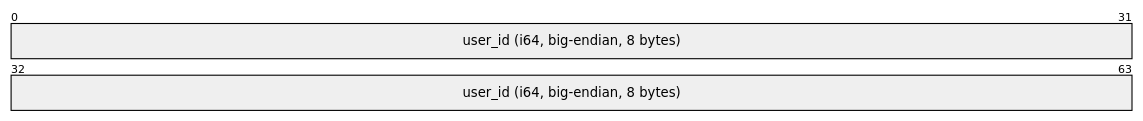
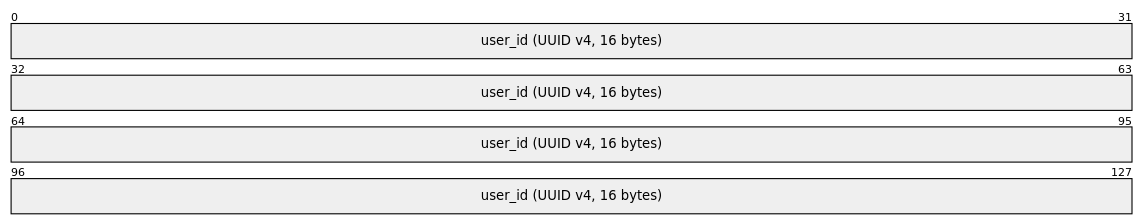
One commit to k4yt3x/conclave changed the diagram in docs/spec/src/mls/identity.md. Above: the diagram before and after it, drawn with Mermaid. The commit also changed other lines of this file and 68 other files, not shown here.

Commit message:
feat!: switch user/group IDs from integers to UUID v4

````diff
--- a/docs/spec/src/mls/identity.md
+++ b/docs/spec/src/mls/identity.md
@@ -11,4 +11,4 @@
 ```mermaid
 packet-beta
-    0-63: "user_id (i64, big-endian, 8 bytes)"
+    0-127: "user_id (UUID v4, 16 bytes)"
 ```
````
